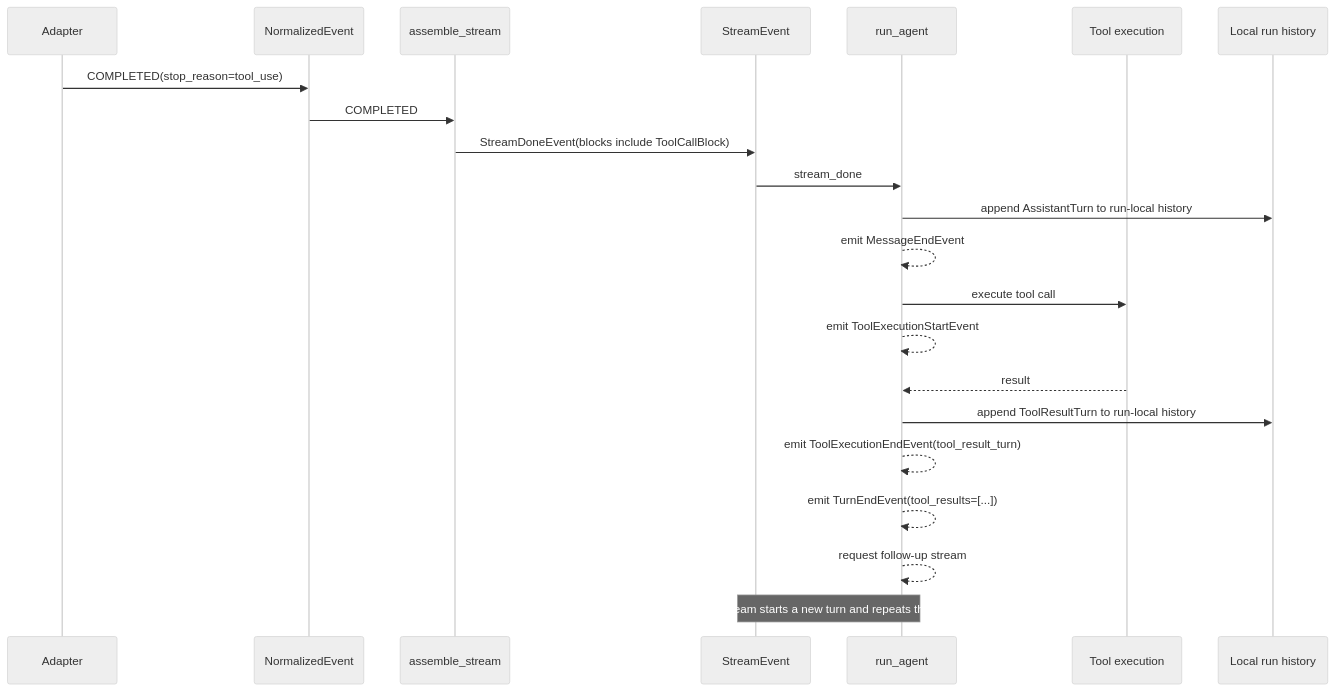
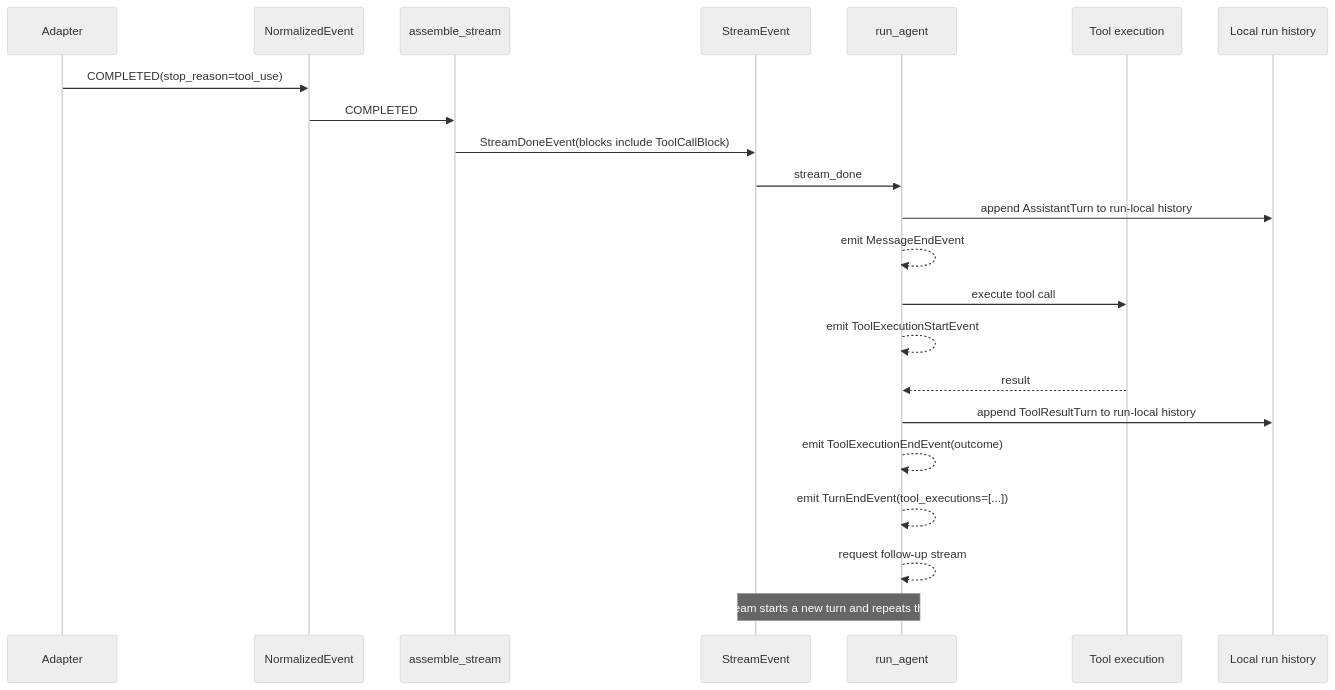
The seventh of 8 diagrams in docs/openai-stream-event-lifecycle.md (muneebshahid/ori), drawn with Mermaid (neutral theme) before and after one commit. The commit also changed other lines of this file and 6 other files, not shown here.

First line of the commit message:
Refactor tool execution handling to use ToolExecutionOutcome for improved clarity and structure (#9)

````diff
--- a/docs/openai-stream-event-lifecycle.md
+++ b/docs/openai-stream-event-lifecycle.md
@@ -246,25 +246,25 @@
 ```mermaid
 sequenceDiagram
     participant Adapter as Adapter
     participant Norm as NormalizedEvent
     participant Asm as assemble_stream
     participant Stream as StreamEvent
     participant Agent as run_agent
     participant Tool as Tool execution
     participant Hist as Local run history
 
     Adapter->>Norm: COMPLETED(stop_reason=tool_use)
     Norm->>Asm: COMPLETED
     Asm->>Stream: StreamDoneEvent(blocks include ToolCallBlock)
     Stream->>Agent: stream_done
     Agent->>Hist: append AssistantTurn to run-local history
     Agent-->>Agent: emit MessageEndEvent
     Agent->>Tool: execute tool call
     Agent-->>Agent: emit ToolExecutionStartEvent
     Tool-->>Agent: result
     Agent->>Hist: append ToolResultTurn to run-local history
-    Agent-->>Agent: emit ToolExecutionEndEvent(tool_result_turn)
-    Agent-->>Agent: emit TurnEndEvent(tool_results=[...])
+    Agent-->>Agent: emit ToolExecutionEndEvent(outcome)
+    Agent-->>Agent: emit TurnEndEvent(tool_executions=[...])
     Agent-->>Agent: request follow-up stream
     Note over Agent,Stream: The follow-up stream starts a new turn and repeats the same lifecycle.
 ```
````
